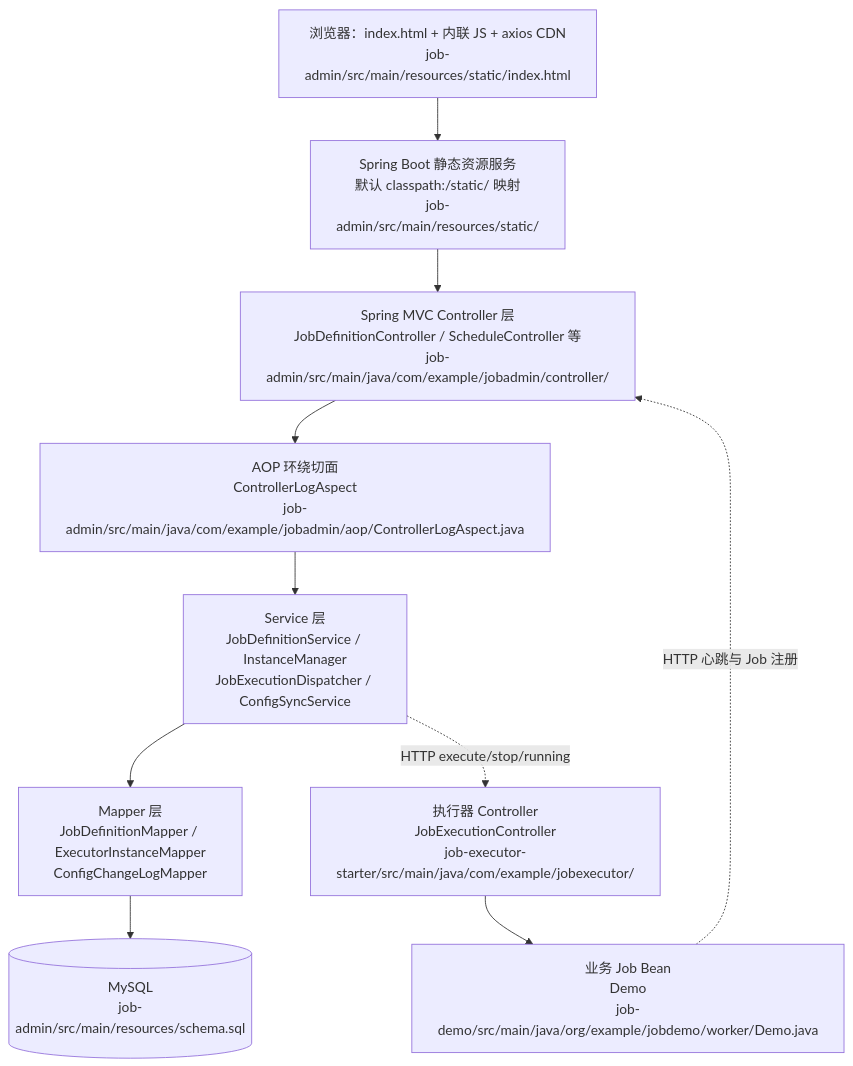
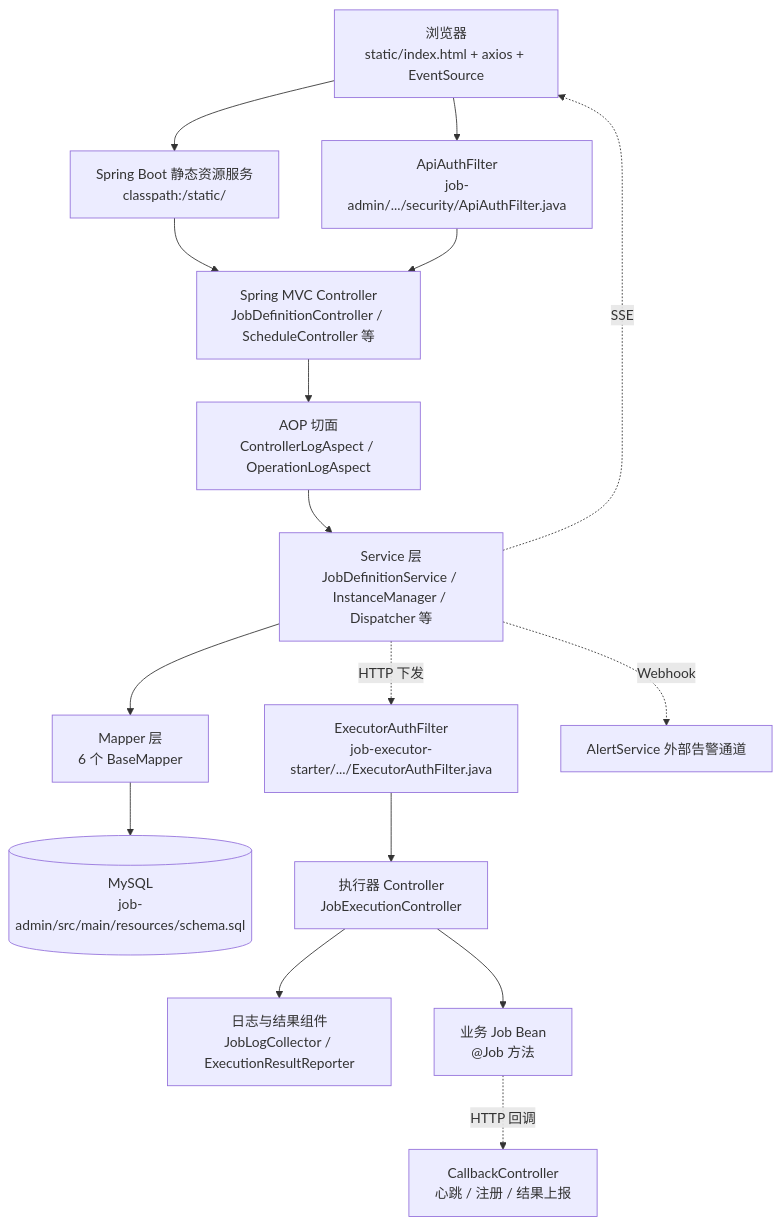
The first of 3 diagrams in doc/architecture.md (jybecnu163/jobs-admin), drawn with Mermaid before and after one commit. The commit also changed other lines of this file and 55 other files, not shown here.

````diff
--- a/doc/architecture.md
+++ b/doc/architecture.md
@@ -9,12 +9,18 @@
 ```mermaid
 flowchart TD
-    A["浏览器：index.html + 内联 JS + axios CDN<br/>job-admin/src/main/resources/static/index.html"] --> B["Spring Boot 静态资源服务<br/>默认 classpath:/static/ 映射<br/>job-admin/src/main/resources/static/"]
-    B --> C["Spring MVC Controller 层<br/>JobDefinitionController / ScheduleController 等<br/>job-admin/src/main/java/com/example/jobadmin/controller/"]
-    C --> D["AOP 环绕切面<br/>ControllerLogAspect<br/>job-admin/src/main/java/com/example/jobadmin/aop/ControllerLogAspect.java"]
-    D --> E["Service 层<br/>JobDefinitionService / InstanceManager<br/>JobExecutionDispatcher / ConfigSyncService"]
-    E --> F["Mapper 层<br/>JobDefinitionMapper / ExecutorInstanceMapper<br/>ConfigChangeLogMapper"]
-    F --> G[(MySQL<br/>job-admin/src/main/resources/schema.sql)]
-    E -.HTTP execute/stop/running.-> H["执行器 Controller<br/>JobExecutionController<br/>job-executor-starter/src/main/java/com/example/jobexecutor/"]
-    H --> I["业务 Job Bean<br/>Demo<br/>job-demo/src/main/java/org/example/jobdemo/worker/Demo.java"]
-    I -.HTTP 心跳与 Job 注册.-> C
+    A["浏览器<br/>static/index.html + axios + EventSource"] --> B["Spring Boot 静态资源服务<br/>classpath:/static/"]
+    A --> C["ApiAuthFilter<br/>job-admin/.../security/ApiAuthFilter.java"]
+    B --> D["Spring MVC Controller<br/>JobDefinitionController / ScheduleController 等"]
+    C --> D
+    D --> E["AOP 切面<br/>ControllerLogAspect / OperationLogAspect"]
+    E --> F["Service 层<br/>JobDefinitionService / InstanceManager / Dispatcher 等"]
+    F --> G["Mapper 层<br/>6 个 BaseMapper"]
+    G --> H[(MySQL<br/>job-admin/src/main/resources/schema.sql)]
+    F -.HTTP 下发.-> I["ExecutorAuthFilter<br/>job-executor-starter/.../ExecutorAuthFilter.java"]
+    I --> J["执行器 Controller<br/>JobExecutionController"]
+    J --> K["日志与结果组件<br/>JobLogCollector / ExecutionResultReporter"]
+    J --> L["业务 Job Bean<br/>@Job 方法"]
+    L -.HTTP 回调.-> M["CallbackController<br/>心跳 / 注册 / 结果上报"]
+    F -.SSE.-> A
+    F -.Webhook.-> N["AlertService 外部告警通道"]
 ```
````
